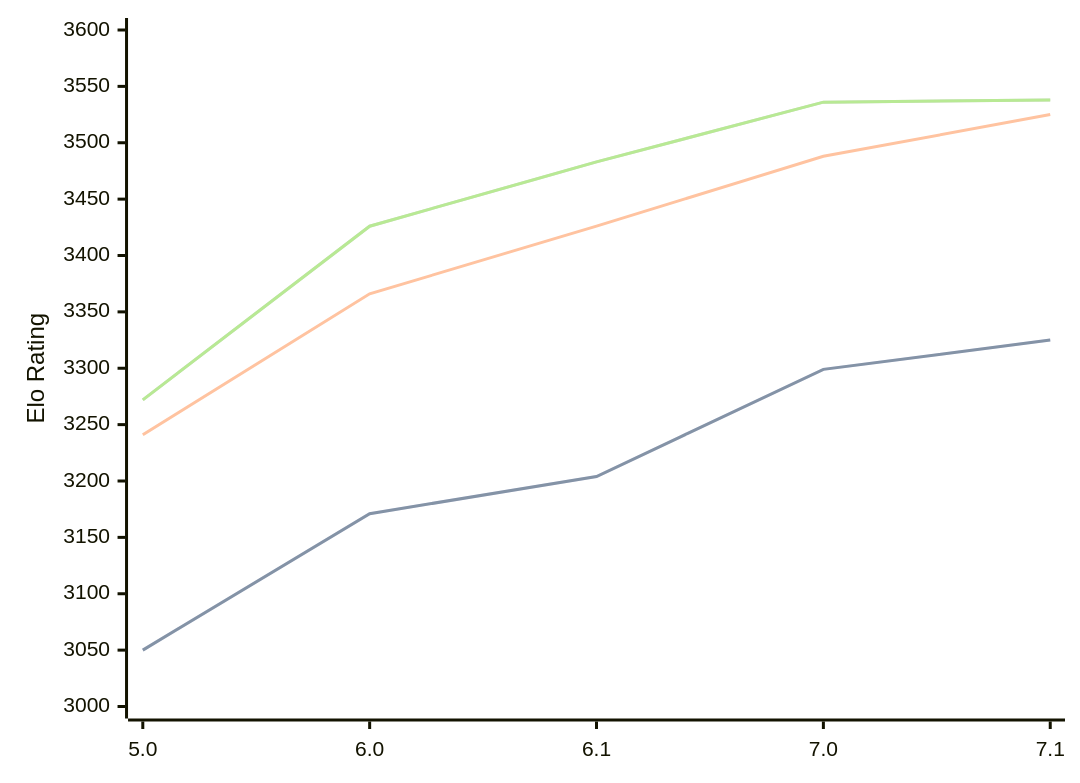
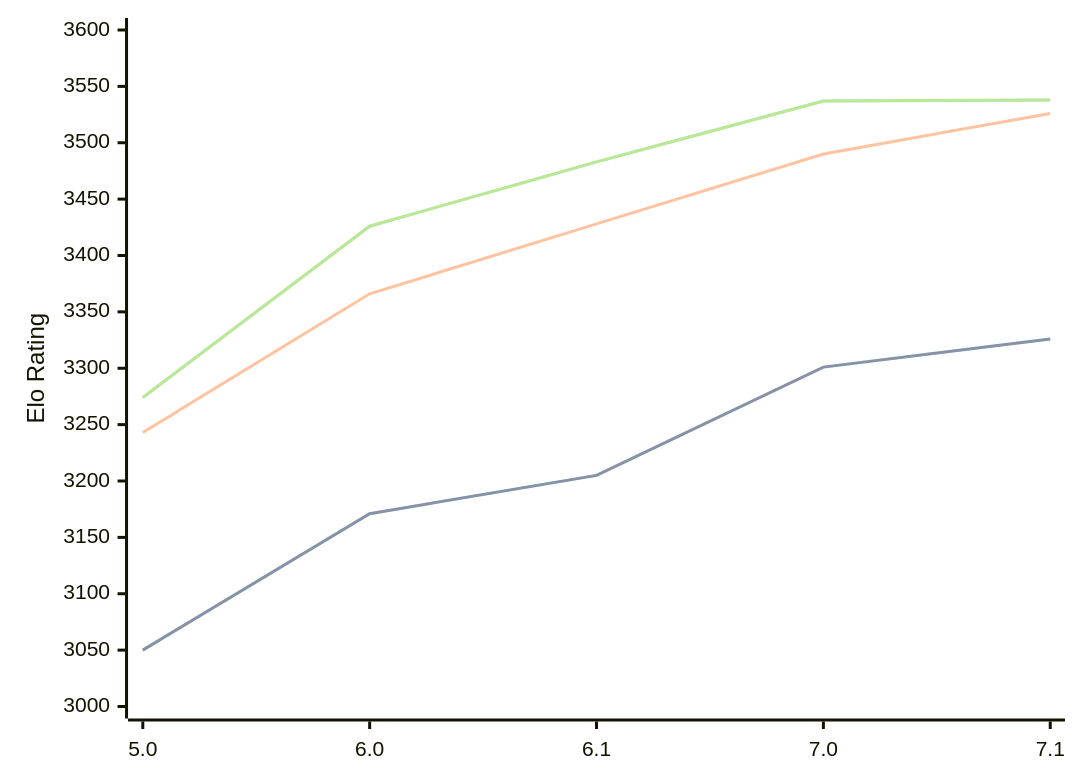
Before and after one commit to computer-chess-index/cci: the diagram in engines/PZChessBot.md, drawn with Mermaid. The commit also changed other lines of this file, not shown here.

Commit message:
Update CCI Ratings (ELO VLTC) - 2026-09-14

````diff
--- a/engines/PZChessBot.md
+++ b/engines/PZChessBot.md
@@ -35,11 +35,11 @@
 ```mermaid
 %%{init: {"theme":"base","themeVariables":{"seriesColors:['#a3a3a3','#222221','#faa371']}}}%%
 xychart-beta
   x-axis ["5.0", "6.0", "6.1", "7.0", "7.1"]
   y-axis "Elo Rating" 3000 --> 3600
-  line "" [3050, 3171, 3204, 3299, 3325]
-  line "STC (8.0+0.08s)" [3050, 3171, 3204, 3299, 3325]
-  line "LTC (60.0+0.60s)" [3241, 3366, 3426, 3488, 3525]
-  line "" [3272, 3426, 3483, 3536, 3538]
-  line "VLTC (2m24s+1.12s)" [3272, 3426, 3483, 3536, 3538]
+  line "" [3050, 3171, 3205, 3301, 3326]
+  line "STC (8.0+0.08s)" [3050, 3171, 3205, 3301, 3326]
+  line "LTC (60.0+0.60s)" [3243, 3366, 3428, 3490, 3526]
+  line "" [3274, 3426, 3483, 3537, 3538]
+  line "VLTC (2m24s+1.12s)" [3274, 3426, 3483, 3537, 3538]
 ```
````
